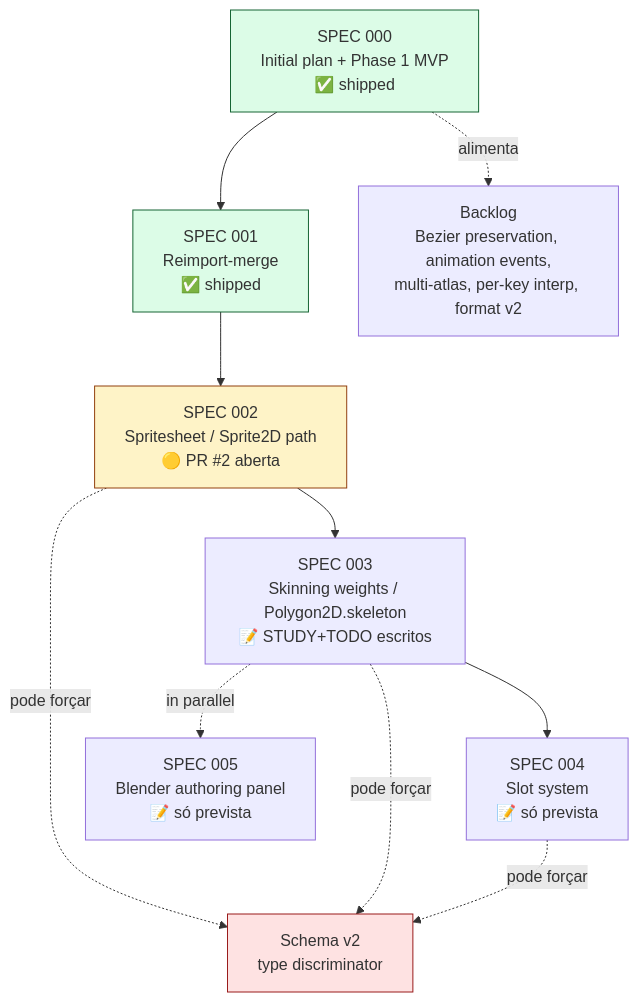
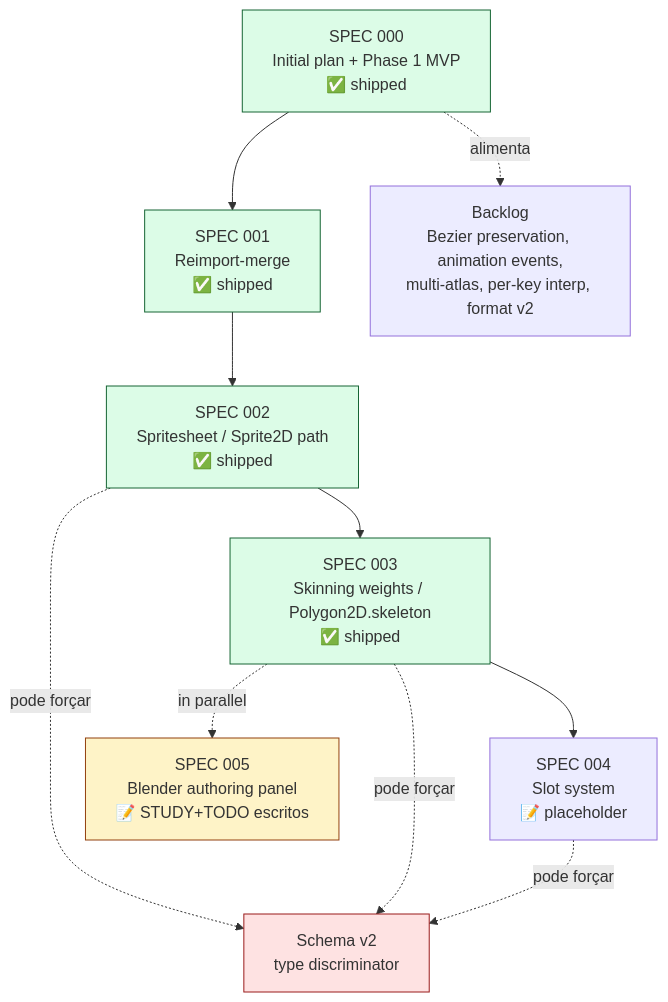
One commit to Space-Wizard-Studios/firebound-proscenio changed the fourth of 5 diagrams in STATUS.md. Above: the diagram before and after it, drawn with Mermaid. The commit also changed other lines of this file and 6 other files, not shown here.

First line of the commit message:
docs(specs): introduce SPEC 004 placeholder and SPEC 005 design pass

````diff
--- a/STATUS.md
+++ b/STATUS.md
@@ -136,27 +135,29 @@
 ```mermaid
 flowchart TB
     S0[SPEC 000<br/>Initial plan + Phase 1 MVP<br/>✅ shipped]
     S1[SPEC 001<br/>Reimport-merge<br/>✅ shipped]
-    S2[SPEC 002<br/>Spritesheet / Sprite2D path<br/>🟡 PR #2 aberta]
-    S3[SPEC 003<br/>Skinning weights / Polygon2D.skeleton<br/>📝 STUDY+TODO escritos]
-    S4[SPEC 004<br/>Slot system<br/>📝 só prevista]
-    S5[SPEC 005<br/>Blender authoring panel<br/>📝 só prevista]
+    S2[SPEC 002<br/>Spritesheet / Sprite2D path<br/>✅ shipped]
+    S3[SPEC 003<br/>Skinning weights / Polygon2D.skeleton<br/>✅ shipped]
+    S4[SPEC 004<br/>Slot system<br/>📝 placeholder]
+    S5[SPEC 005<br/>Blender authoring panel<br/>📝 STUDY+TODO escritos]
 
     BACKLOG[Backlog<br/>Bezier preservation, animation events,<br/>multi-atlas, per-key interp, format v2]
 
     S0 --> S1
     S1 --> S2
     S2 --> S3
     S3 --> S4
     S3 -.in parallel.-> S5
 
     S0 -.alimenta.-> BACKLOG
     S2 -.pode forçar.-> SCHEMA_V2[Schema v2<br/>type discriminator]
     S3 -.pode forçar.-> SCHEMA_V2
     S4 -.pode forçar.-> SCHEMA_V2
 
     style S0 fill:#dcfce7,stroke:#166534
     style S1 fill:#dcfce7,stroke:#166534
-    style S2 fill:#fef3c7,stroke:#92400e
+    style S2 fill:#dcfce7,stroke:#166534
+    style S3 fill:#dcfce7,stroke:#166534
+    style S5 fill:#fef3c7,stroke:#92400e
     style SCHEMA_V2 fill:#fee2e2,stroke:#991b1b
 ```
````
